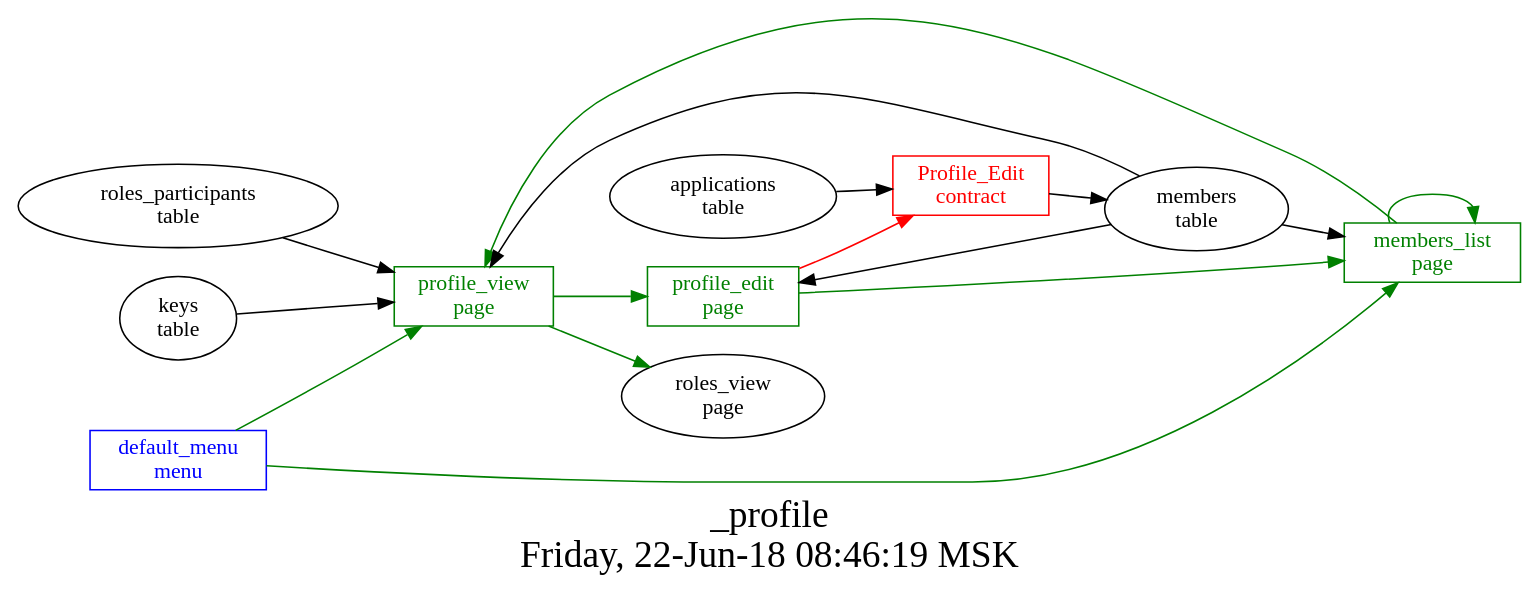
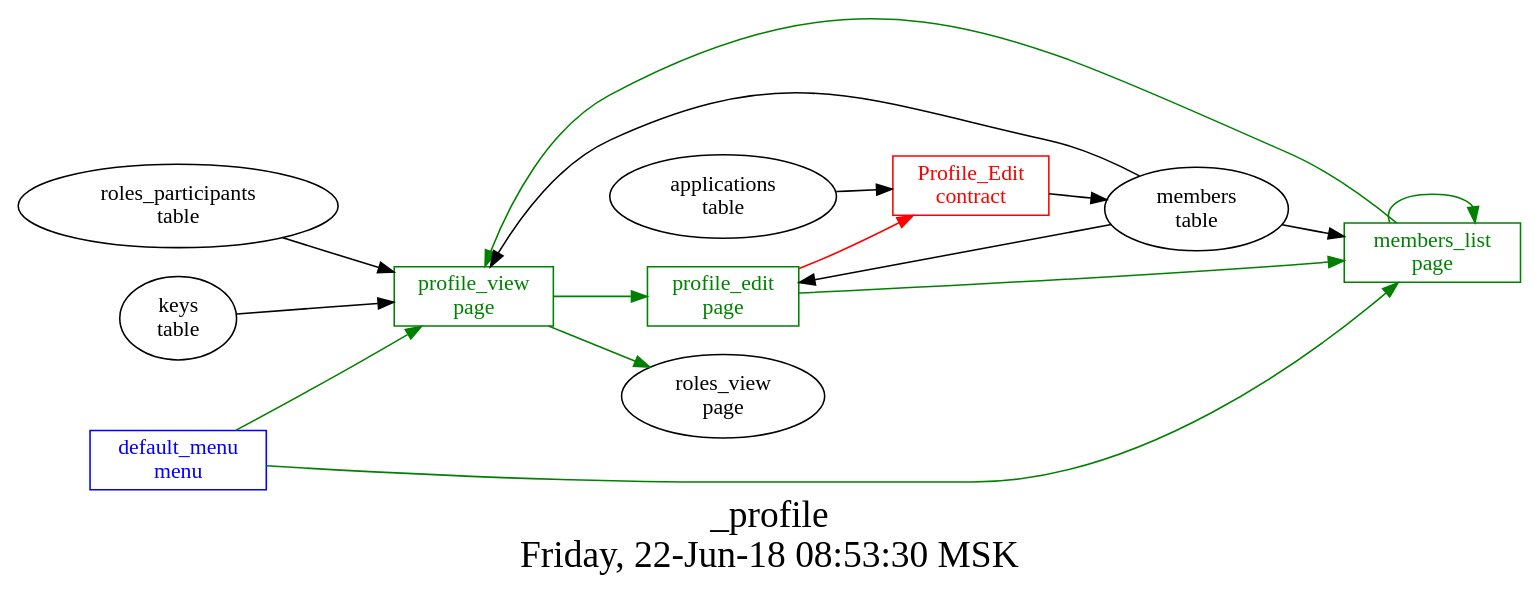
The diagram in src/_profile/struct.dot (AplaProject/apps), drawn with Graphviz before and after one commit. The commit also changed 7 other files, not shown here.

```diff
--- a/src/_profile/struct.dot
+++ b/src/_profile/struct.dot
@@ -1,30 +1,30 @@
 digraph G {
 graph [
   fontsize="24";
-  label="_profile\nFriday, 22-Jun-18 08:46:19 MSK";
+  label="_profile\nFriday, 22-Jun-18 08:53:30 MSK";
   nojustify=true;
   ordering=out;
   rankdir=LR;
   size="30";
 ];
 "default_menu\nmenu" -> "profile_view\npage"  [ color=green ]
 "default_menu\nmenu" -> "members_list\npage"  [ color=green ]
 "default_menu\nmenu" [color=blue, fontcolor=blue, group=menus, shape=record];
 "members\ntable" -> "members_list\npage"
 "members_list\npage" -> "profile_view\npage"  [ color=green ]
 "members_list\npage" -> "members_list\npage"  [ color=green ]
 "members_list\npage" [color=green, fontcolor=green, group=pages, shape=record];
 "profile_edit\npage" -> "Profile_Edit\ncontract"  [ color=red ]
 "members\ntable" -> "profile_edit\npage"
 "profile_edit\npage" -> "members_list\npage"  [ color=green ]
 "profile_edit\npage" [color=green, fontcolor=green, group=pages, shape=record];
 "members\ntable" -> "profile_view\npage"
 "keys\ntable" -> "profile_view\npage"
 "roles_participants\ntable" -> "profile_view\npage"
 "profile_view\npage" -> "profile_edit\npage"  [ color=green ]
 "profile_view\npage" -> "roles_view\npage"  [ color=green ]
 "profile_view\npage" [color=green, fontcolor=green, group=pages, shape=record];
 "Profile_Edit\ncontract" -> "members\ntable"  [ color="" ]
 "applications\ntable" -> "Profile_Edit\ncontract"
 "Profile_Edit\ncontract" [color=red, fontcolor=red, group=contracts, shape=record];
 }
```
